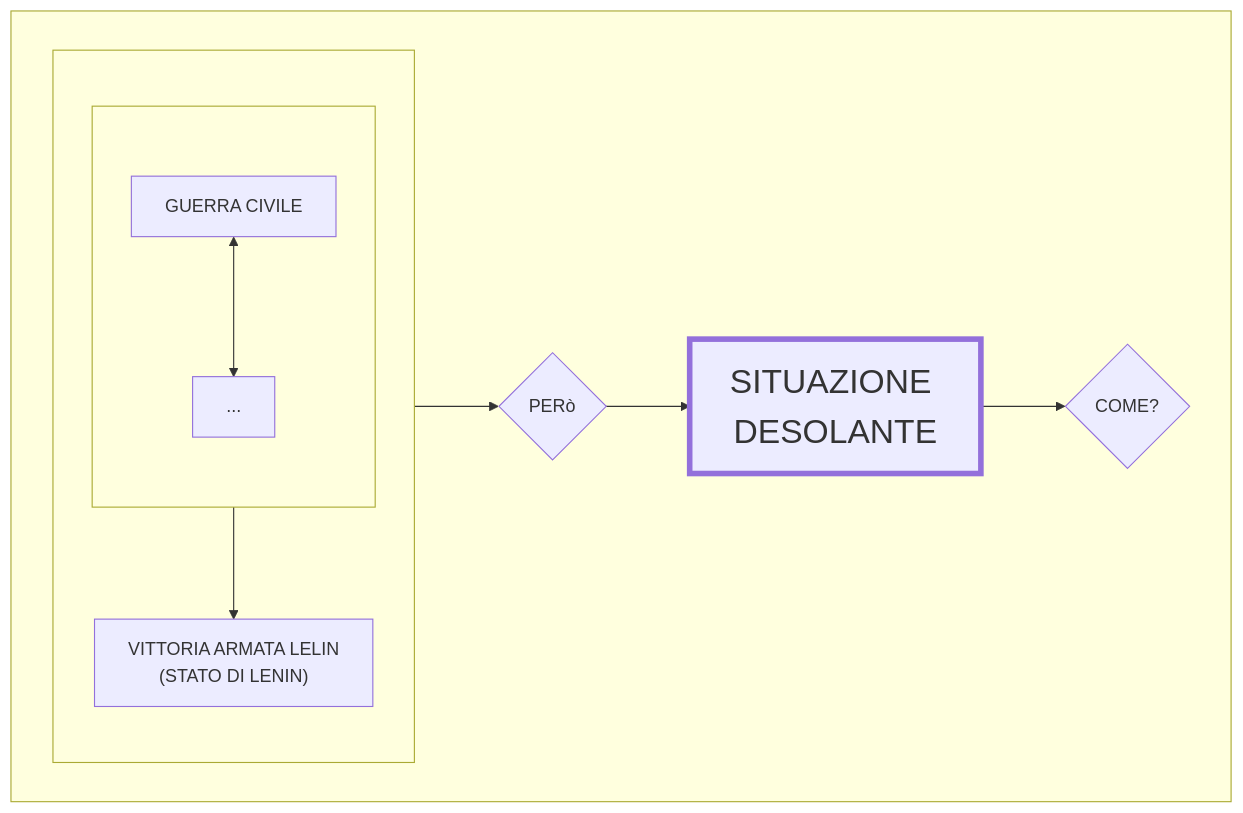
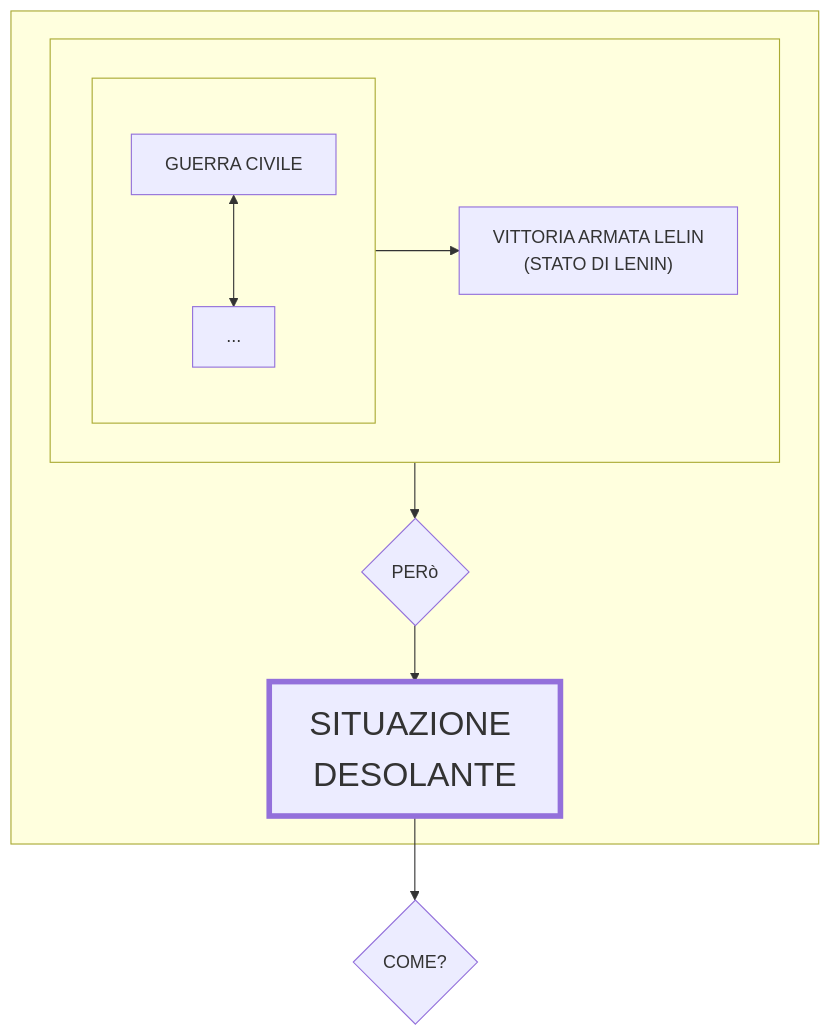
One commit to Laaouatni/ricerca-storia-MermaidJS changed the diagram in prova.md. Above: the diagram before and after it, drawn with Mermaid.

````diff
--- a/prova.md
+++ b/prova.md
@@ -1,20 +1,20 @@
 ```mermaid
 flowchart TB
     classDef classGrande font-size: 30px, stroke-width: 5px;
     subgraph 017[" "]
       subgraph 016[" "]
         subgraph 01[" "]
           010[GUERRA CIVILE]
           0100[...]
           010 <--> 0100
         end
         011["VITTORIA ARMATA LELIN <br> (STATO DI LENIN)"]
         01 --> 011
       end
       016 --> 012 --> 013
       012{PERò}
       013[SITUAZIONE DESOLANTE]:::classGrande
-      014{COME?}
-      013 --> 014
     end
+    013 --> 014
+    014{COME?}
 ```
````
